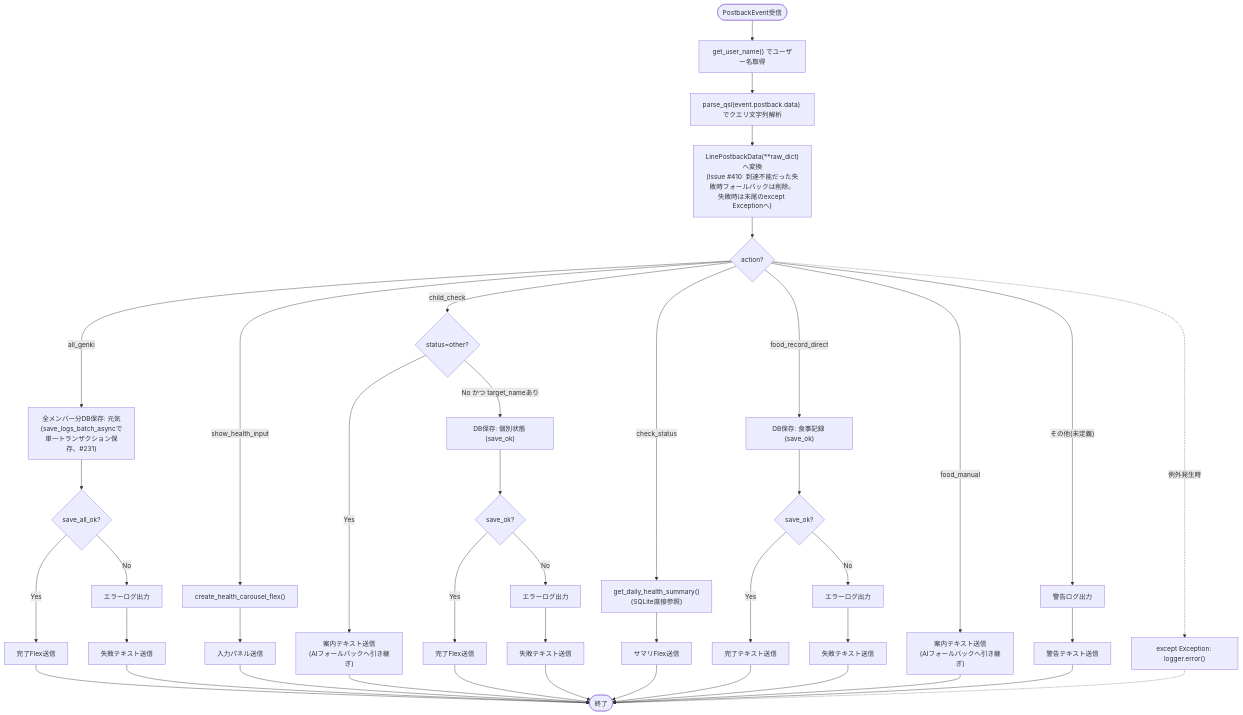
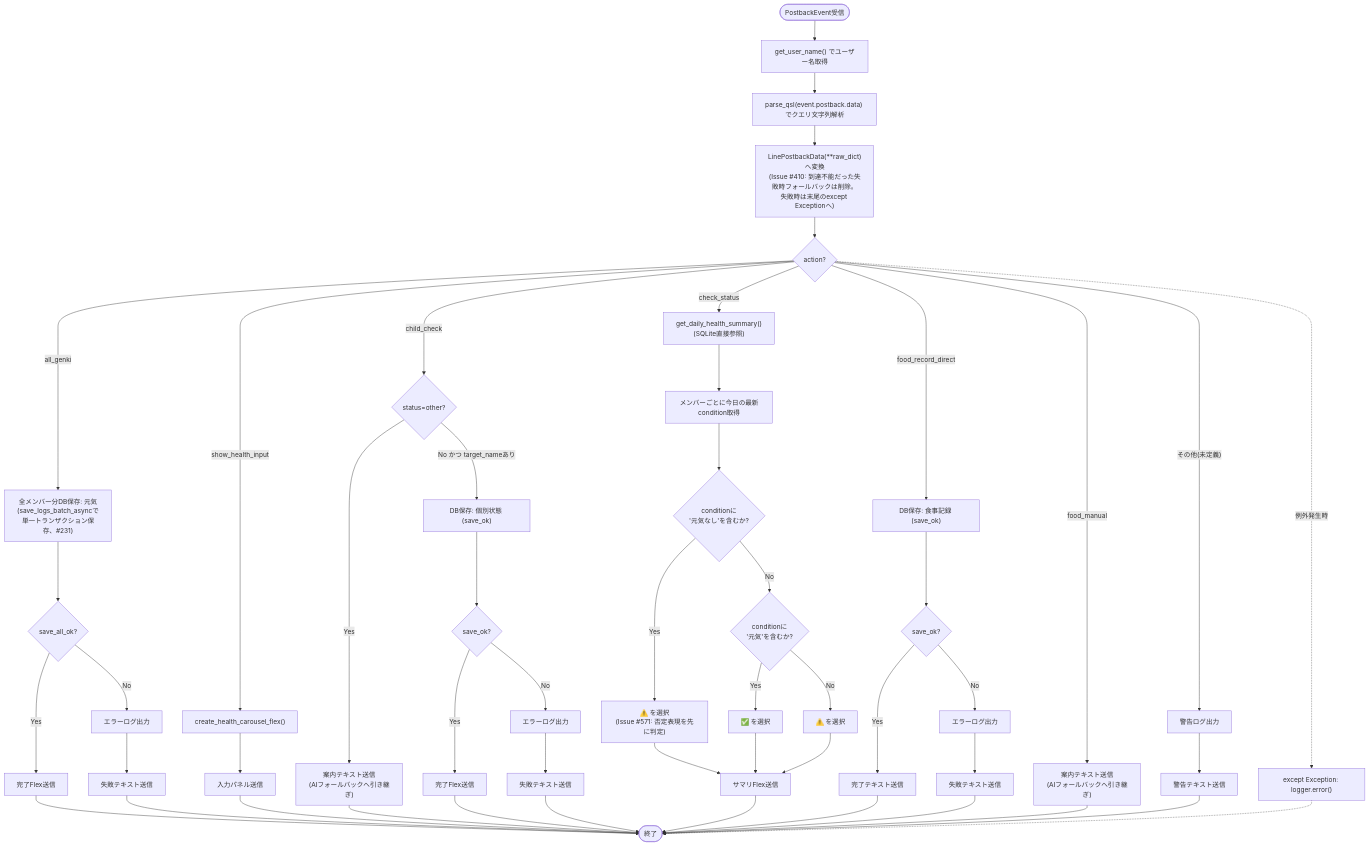
One commit to mmtigers/my_python_project changed the first of 2 diagrams in docs/specifications/MY_HOME_SYSTEM/line_logic.md. Above: the diagram before and after it, drawn with Mermaid. The commit also changed other lines of this file and 2 other files, not shown here.

First line of the commit message:
fix(line_logic): 「元気なし」の日次サマリ表示を⚠️に修正

````diff
--- a/docs/specifications/MY_HOME_SYSTEM/line_logic.md
+++ b/docs/specifications/MY_HOME_SYSTEM/line_logic.md
@@ -230,38 +234,46 @@
 ```mermaid
 flowchart TD
     Start([PostbackEvent受信]) --> GetUser["get_user_name() でユーザー名取得"]
     GetUser --> ParseQS["parse_qsl(event.postback.data) でクエリ文字列解析"]
     ParseQS --> ModelParse["LinePostbackData(**raw_dict)へ変換<br>(Issue #410: 到達不能だった失敗時フォールバックは削除。<br>失敗時は末尾のexcept Exceptionへ)"]
     ModelParse --> ActionCheck{"action?"}
 
     ActionCheck -->|"all_genki"| PB_AllGenki["全メンバー分DB保存: 元気<br>(save_logs_batch_asyncで単一トランザクション保存、#231)"] --> PB_AllGenkiCheck{"save_all_ok?"}
     PB_AllGenkiCheck -->|No| PB_AllGenkiFail["エラーログ出力"] --> PB_Reply1b["失敗テキスト送信"]
     PB_AllGenkiCheck -->|Yes| PB_Reply1["完了Flex送信"]
     ActionCheck -->|"show_health_input"| PB_Show["create_health_carousel_flex()"] --> PB_Reply2["入力パネル送信"]
     ActionCheck -->|"child_check"| StatusCheck{"status=other?"}
     StatusCheck -->|Yes| PB_Prompt["案内テキスト送信<br>(AIフォールバックへ引き継ぎ)"]
     StatusCheck -->|No かつ target_nameあり| PB_ChildLog["DB保存: 個別状態 (save_ok)"] --> PB_ChildCheck{"save_ok?"}
     PB_ChildCheck -->|No| PB_ChildFail["エラーログ出力"] --> PB_Reply4b["失敗テキスト送信"]
     PB_ChildCheck -->|Yes| PB_Reply4["完了Flex送信"]
-    ActionCheck -->|"check_status"| PB_Summary["get_daily_health_summary()<br>(SQLite直接参照)"] --> PB_Reply5["サマリFlex送信"]
+    ActionCheck -->|"check_status"| PB_Summary["get_daily_health_summary()<br>(SQLite直接参照)"] --> PB_PerMember["メンバーごとに今日の最新condition取得"]
+    PB_PerMember --> IconNegCheck{"conditionに<br>'元気なし'を含むか?"}
+    IconNegCheck -->|"Yes"| IconWarnNeg["⚠️ を選択<br>(Issue #571: 否定表現を先に判定)"]
+    IconNegCheck -->|"No"| IconPosCheck{"conditionに<br>'元気'を含むか?"}
+    IconPosCheck -->|"Yes"| IconOk["✅ を選択"]
+    IconPosCheck -->|"No"| IconWarnOther["⚠️ を選択"]
+    IconWarnNeg --> PB_Reply5["サマリFlex送信"]
+    IconOk --> PB_Reply5
+    IconWarnOther --> PB_Reply5
     ActionCheck -->|"food_record_direct"| PB_FoodDirect["DB保存: 食事記録 (save_ok)"] --> PB_FoodCheck{"save_ok?"}
     PB_FoodCheck -->|No| PB_FoodFail["エラーログ出力"] --> PB_Reply6b["失敗テキスト送信"]
     PB_FoodCheck -->|Yes| PB_Reply6a["完了テキスト送信"]
     ActionCheck -->|"food_manual"| PB_FoodManual["案内テキスト送信<br>(AIフォールバックへ引き継ぎ)"]
     ActionCheck -->|"その他(未定義)"| PB_Fallback["警告ログ出力"] --> PB_Reply7["警告テキスト送信"]
 
     PB_Reply1 --> End([終了])
     PB_Reply1b --> End
     PB_Reply2 --> End
     PB_Prompt --> End
     PB_Reply4 --> End
     PB_Reply4b --> End
     PB_Reply5 --> End
     PB_Reply6a --> End
     PB_Reply6b --> End
     PB_FoodManual --> End
     PB_Reply7 --> End
 
     ActionCheck -.->|"例外発生時"| ExHandler["except Exception: logger.error()"] -.-> End
 
 ```
````
